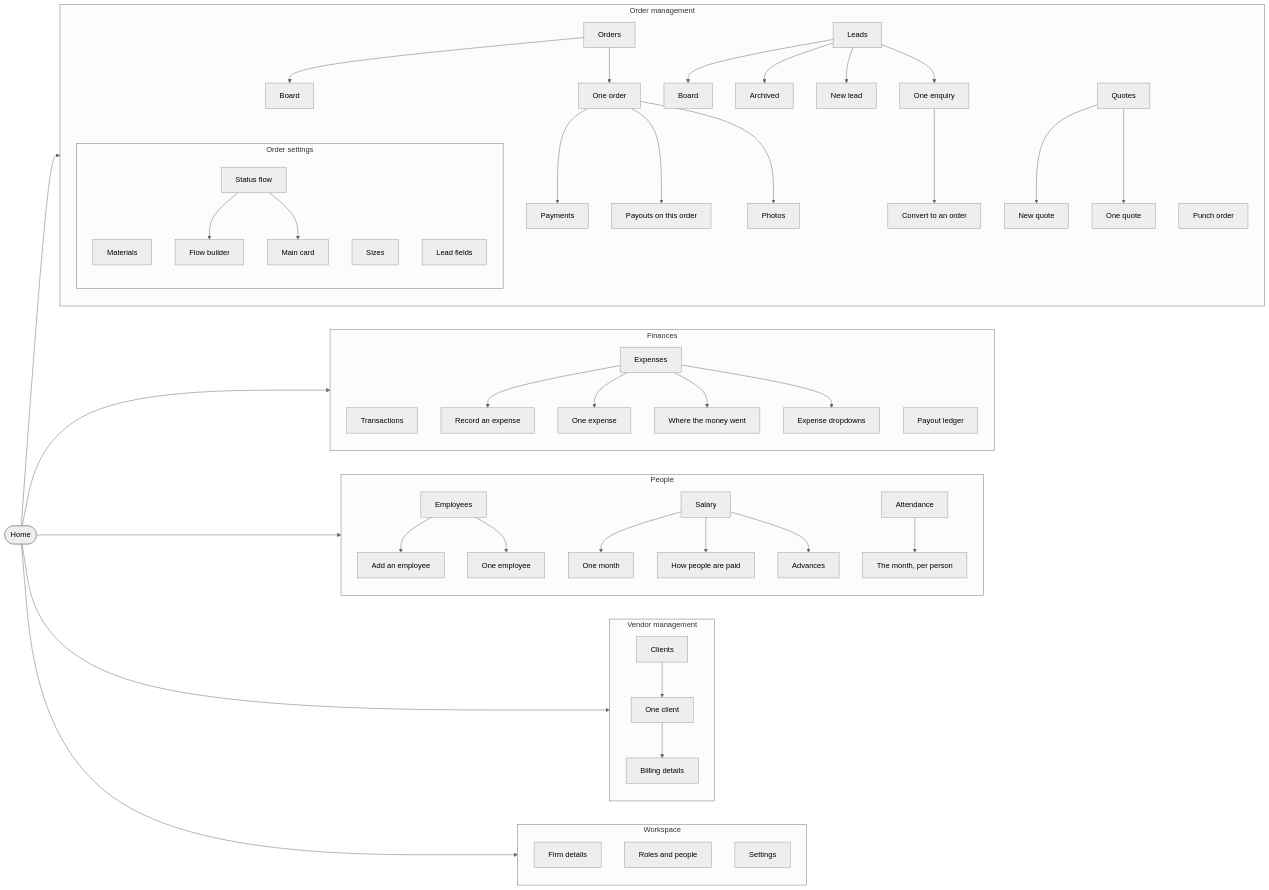
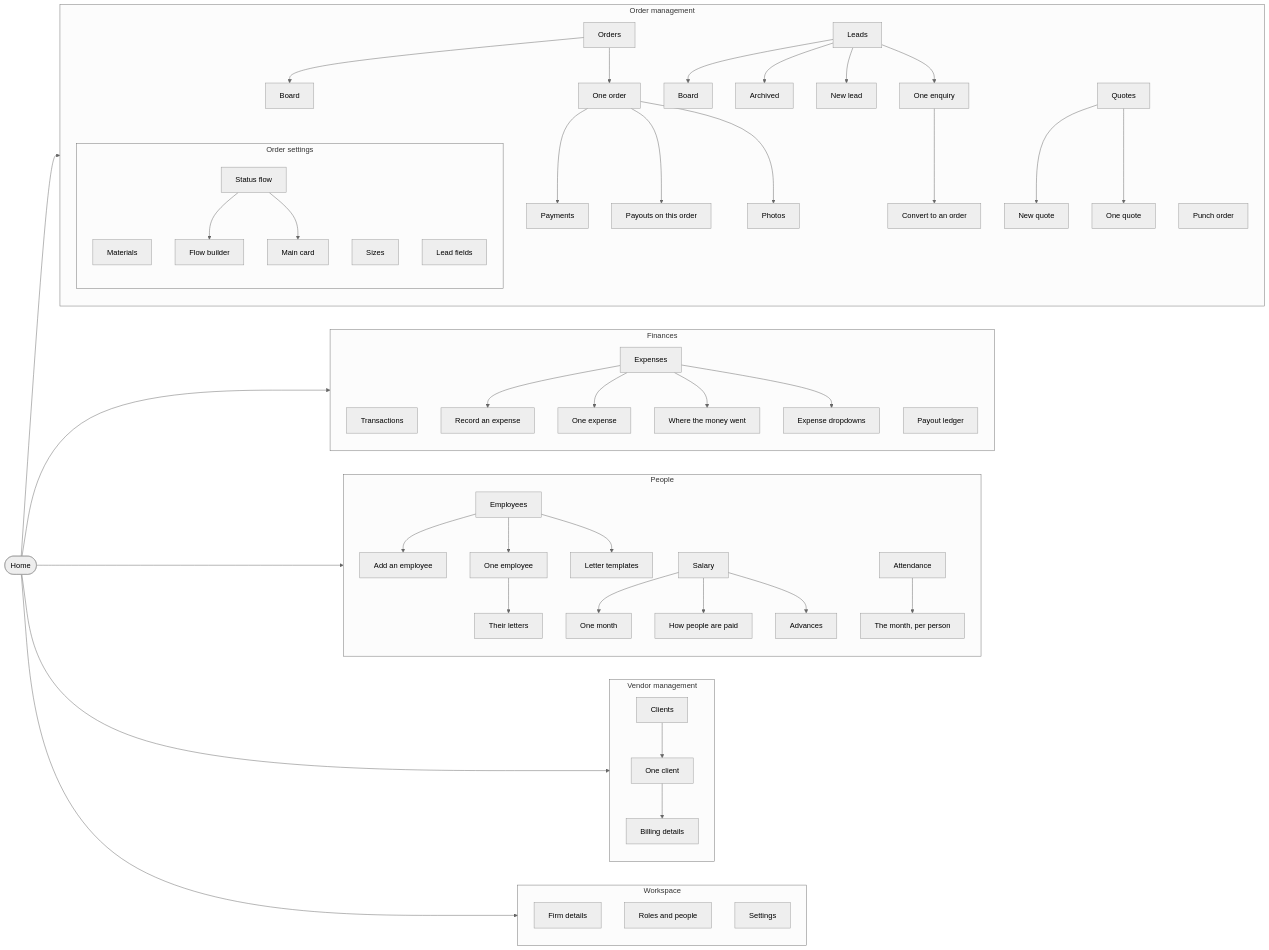
One commit to firstleaptechnologies-coder/factory-automation changed the diagram in docs/NAVIGATION.md. Above: the diagram before and after it, drawn with Mermaid (neutral theme). The commit also changed other lines of this file and 33 other files, not shown here.

```diff
--- a/docs/NAVIGATION.md
+++ b/docs/NAVIGATION.md
@@ -83,6 +83,10 @@
     employees --> employee_form
     employee_detail["One employee"]
     employees --> employee_detail
+    employee_letters["Their letters"]
+    employee_detail --> employee_letters
+    letter_templates["Letter templates"]
+    employees --> letter_templates
     salary["Salary"]
     salary_run["One month"]
     salary --> salary_run
```
